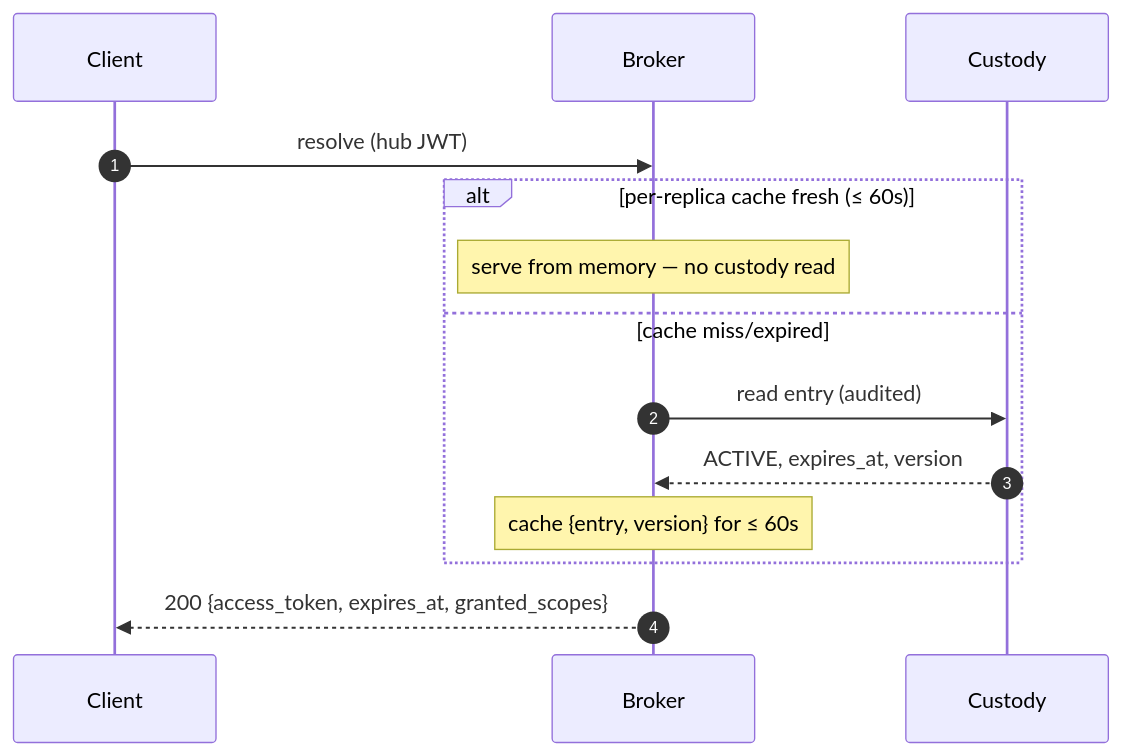
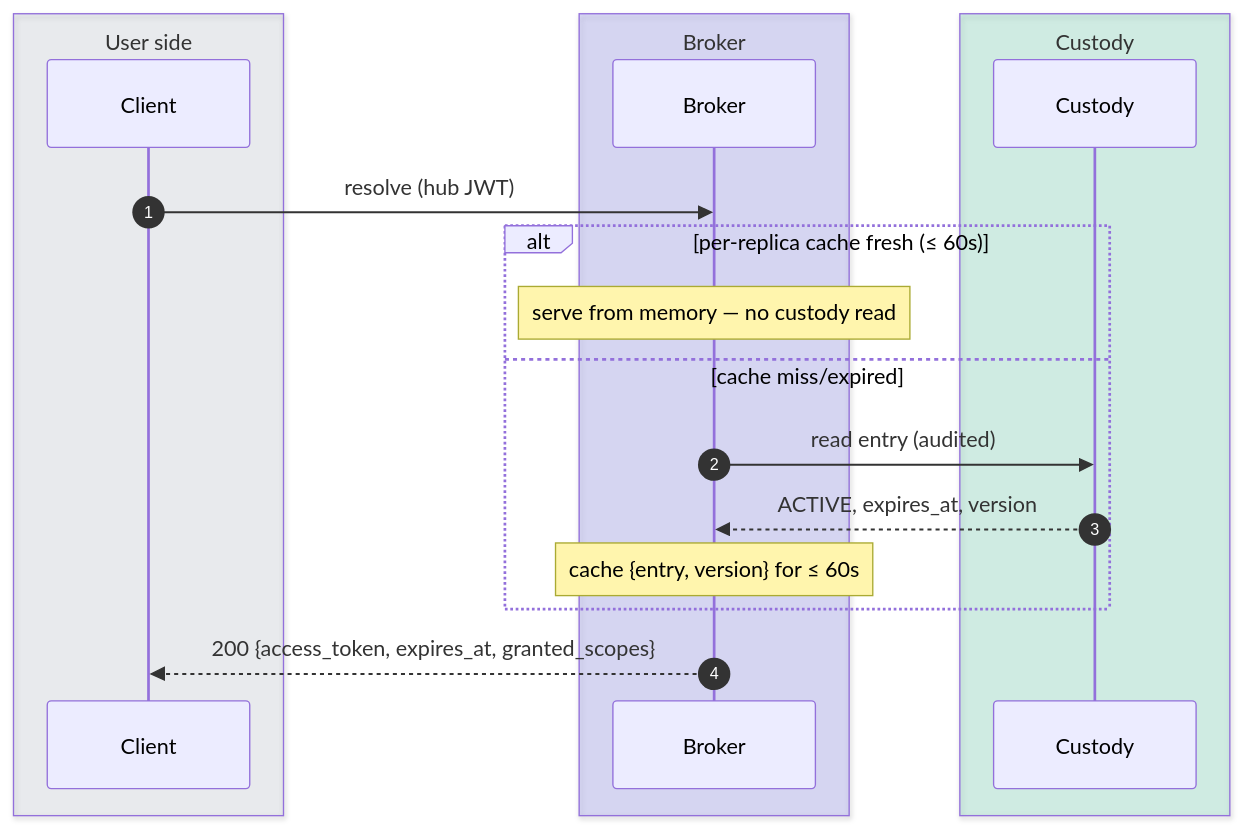
One commit to chief-builder/vendor-token-broker changed the third of 10 diagrams in docs/token-lifecycle.md. Above: the diagram before and after it, drawn with Mermaid. The commit also changed other lines of this file and 1 other file, not shown here.

First line of the commit message:
docs: theme-aware diagram colors + decluttered orientation map

````diff
--- a/docs/token-lifecycle.md
+++ b/docs/token-lifecycle.md
@@ -94,17 +116,23 @@
 ```mermaid
 sequenceDiagram
     autonumber
-    participant C as Client
-    participant B as Broker
-    participant K as Custody
+    box rgba(148,163,184,0.14) User side
+        participant C as Client
+    end
+    box rgba(99,102,241,0.20) Broker
+        participant B as Broker
+    end
+    box rgba(16,185,129,0.16) Custody
+        participant K as Custody
+    end
 
     C->>B: resolve (hub JWT)
     alt per-replica cache fresh (≤ 60s)
         Note over B: serve from memory — no custody read
     else cache miss/expired
         B->>K: read entry (audited)
         K-->>B: ACTIVE, expires_at, version
         Note over B: cache {entry, version} for ≤ 60s
     end
     B-->>C: 200 {access_token, expires_at, granted_scopes}
 ```
````
